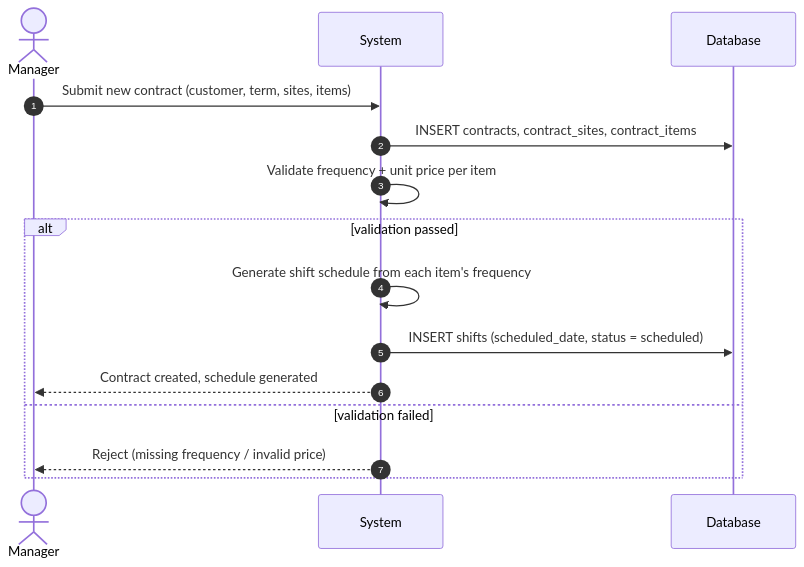
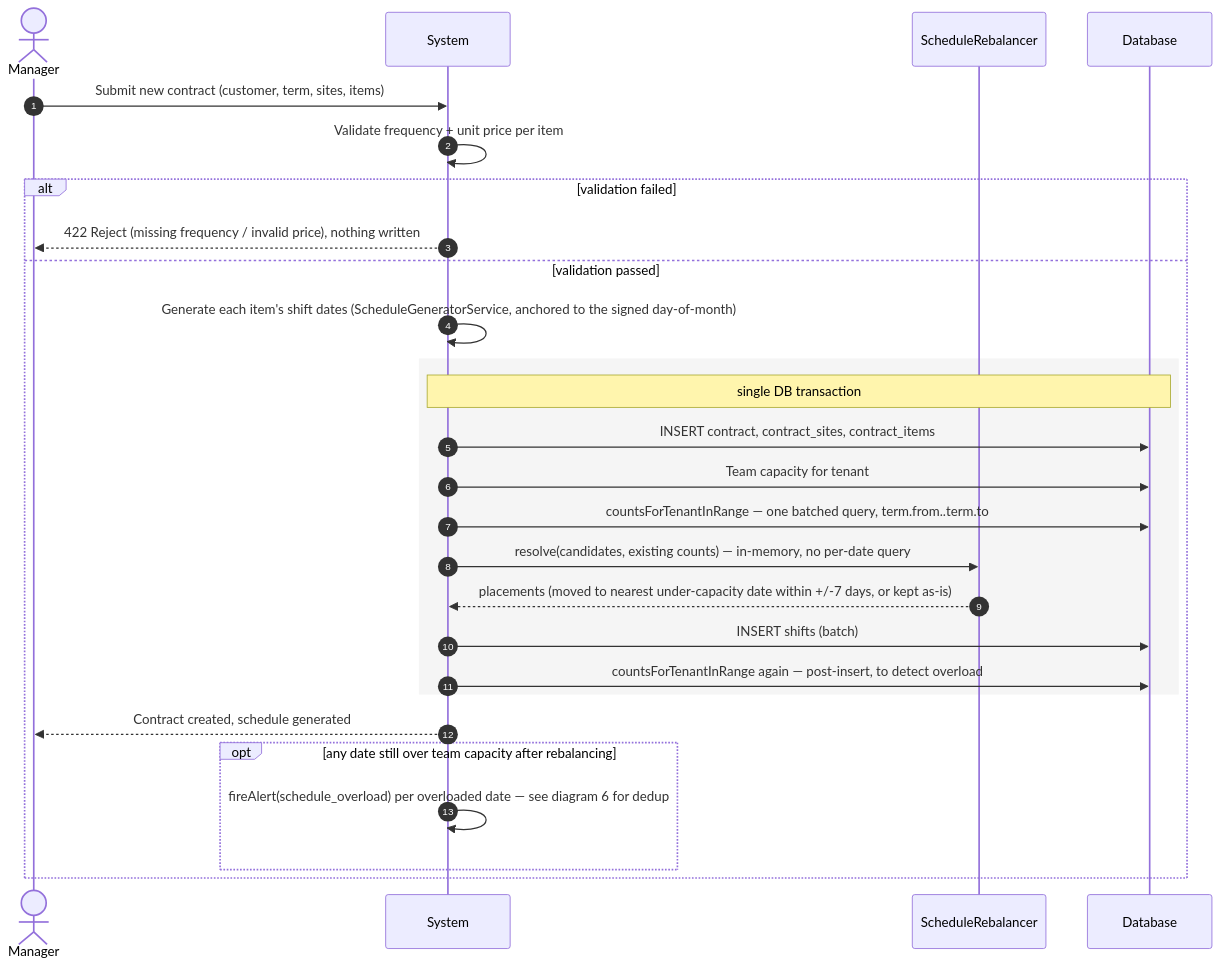
One commit to dDxCg/contrack changed the third of 12 diagrams in docs/08-sequence-diagram.md. Above: the diagram before and after it, drawn with Mermaid. The commit also changed other lines of this file and 2 other files, not shown here.

Commit message:
sync staled class diagram and sequence diagrams

````diff
--- a/docs/08-sequence-diagram.md
+++ b/docs/08-sequence-diagram.md
@@ -69,18 +69,30 @@
 ```mermaid
 sequenceDiagram
     autonumber
     actor Manager
     participant System
+    participant Rebalancer as ScheduleRebalancer
     participant DB as Database
 
     Manager->>System: Submit new contract (customer, term, sites, items)
-    System->>DB: INSERT contracts, contract_sites, contract_items
     System->>System: Validate frequency + unit price per item
-    alt validation passed
-        System->>System: Generate shift schedule from each item's frequency
-        System->>DB: INSERT shifts (scheduled_date, status = scheduled)
+    alt validation failed
+        System-->>Manager: 422 Reject (missing frequency / invalid price), nothing written
+    else validation passed
+        System->>System: Generate each item's shift dates (ScheduleGeneratorService, anchored to the signed day-of-month)
+        rect rgb(245, 245, 245)
+            note over System,DB: single DB transaction
+            System->>DB: INSERT contract, contract_sites, contract_items
+            System->>DB: Team capacity for tenant
+            System->>DB: countsForTenantInRange — one batched query, term.from..term.to
+            System->>Rebalancer: resolve(candidates, existing counts) — in-memory, no per-date query
+            Rebalancer-->>System: placements (moved to nearest under-capacity date within +/-7 days, or kept as-is)
+            System->>DB: INSERT shifts (batch)
+            System->>DB: countsForTenantInRange again — post-insert, to detect overload
+        end
         System-->>Manager: Contract created, schedule generated
-    else validation failed
-        System-->>Manager: Reject (missing frequency / invalid price)
+        opt any date still over team capacity after rebalancing
+            System->>System: fireAlert(schedule_overload) per overloaded date — see diagram 6 for dedup
+        end
     end
 ```
````
